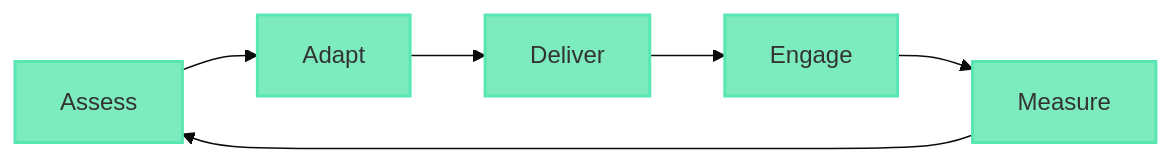
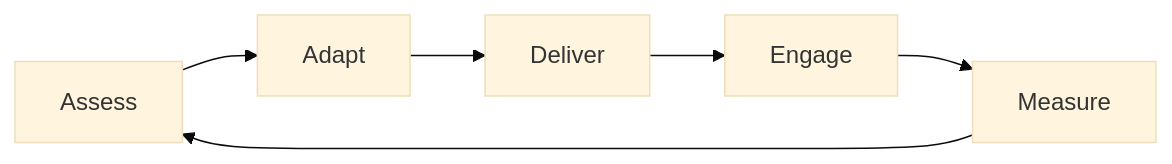
Before and after one commit to ivmarch/geniverse-docs: the diagram in docs/pedagogical-framework.md, drawn with Mermaid (base theme). The commit also changed 6 other files, not shown here.

Commit message:
Remove inline styles from Mermaid diagrams and fix arrow styling

````diff
--- a/docs/pedagogical-framework.md
+++ b/docs/pedagogical-framework.md
@@ -45,14 +45,8 @@
 ```mermaid
 graph LR
     A[Assess] --> B[Adapt]
     B --> C[Deliver]
     C --> D[Engage]
     D --> E[Measure]
     E --> A
-    
-    style A fill:#7CECBF,stroke:#58E6B2,stroke-width:2px
-    style B fill:#7CECBF,stroke:#58E6B2,stroke-width:2px
-    style C fill:#7CECBF,stroke:#58E6B2,stroke-width:2px
-    style D fill:#7CECBF,stroke:#58E6B2,stroke-width:2px
-    style E fill:#7CECBF,stroke:#58E6B2,stroke-width:2px
 ```
````
